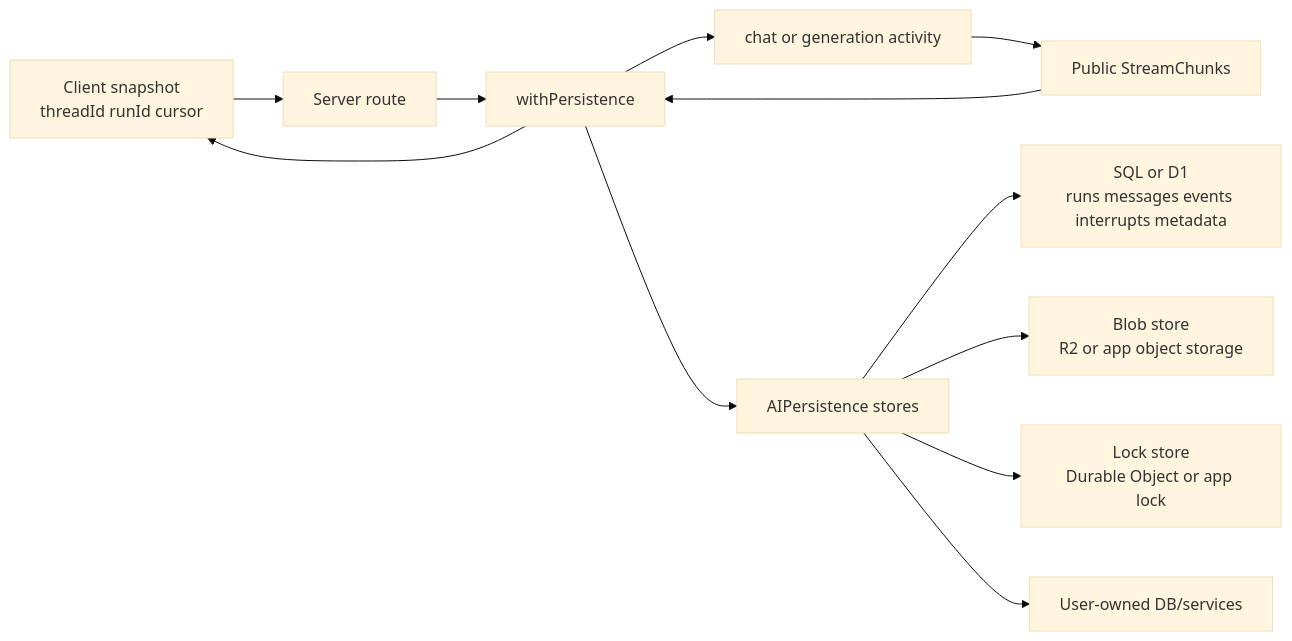
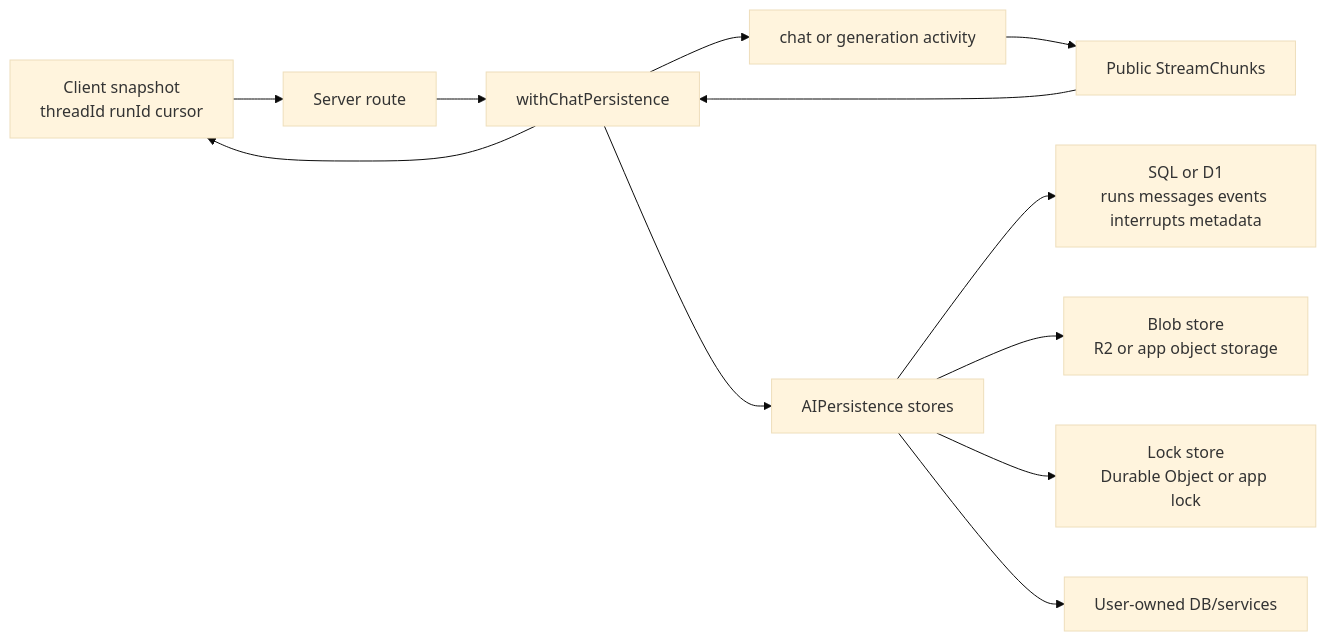
One commit to TanStack/ai changed the first of 8 diagrams in docs/persistence/internals.md. Above: the diagram before and after it, drawn with Mermaid (base theme). The commit also changed other lines of this file and 35 other files, not shown here.

First line of the commit message:
feat(persistence): split chat and generation middleware

````diff
--- a/docs/persistence/internals.md
+++ b/docs/persistence/internals.md
@@ -23,16 +23,16 @@
 ```mermaid
 flowchart LR
   Client[Client snapshot\nthreadId runId cursor] --> Route[Server route]
-  Route --> Middleware[withPersistence]
+  Route --> Middleware[withChatPersistence]
   Middleware --> Chat[chat or generation activity]
   Middleware --> Stores[AIPersistence stores]
 
   Stores --> SQL[SQL or D1\nruns messages events interrupts metadata]
   Stores --> Objects[Blob store\nR2 or app object storage]
   Stores --> Locks[Lock store\nDurable Object or app lock]
   Stores --> Custom[User-owned DB/services]
 
   Chat --> Public[Public StreamChunks]
   Public --> Middleware
   Middleware --> Client
 ```
````
